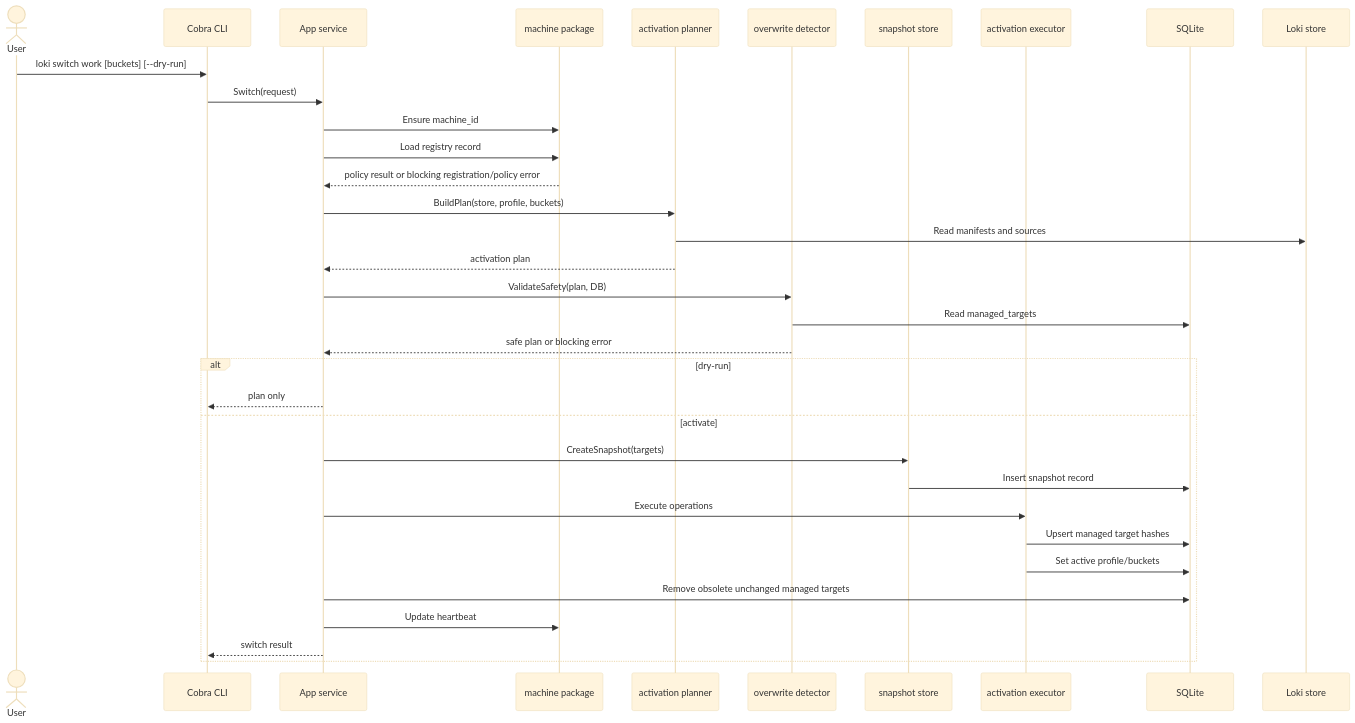
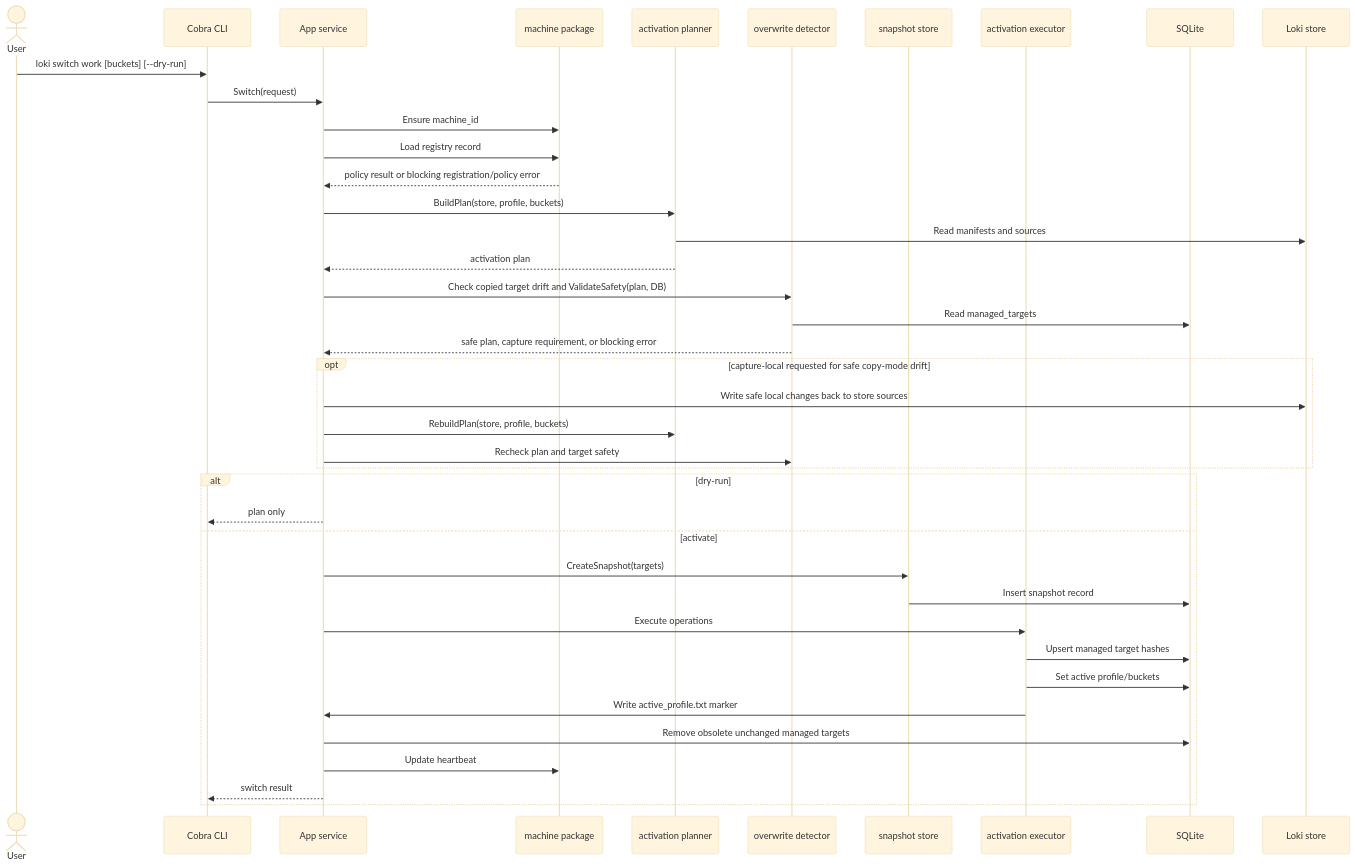
The third of 7 diagrams in docs/ARCHITECTURE.md (asudbring/loki-profile-manager), drawn with Mermaid (base theme) before and after one commit. The commit also changed other lines of this file and 13 other files, not shown here.

````diff
--- a/docs/ARCHITECTURE.md
+++ b/docs/ARCHITECTURE.md
@@ -205,37 +210,43 @@
 ```mermaid
 sequenceDiagram
     actor User
     participant CLI as Cobra CLI
     participant App as App service
     participant Machine as machine package
     participant Planner as activation planner
     participant Safety as overwrite detector
     participant Snapshot as snapshot store
     participant Exec as activation executor
     participant DB as SQLite
     participant Store as Loki store
 
     User->>CLI: loki switch work [buckets] [--dry-run]
     CLI->>App: Switch(request)
     App->>Machine: Ensure machine_id
     App->>Machine: Load registry record
     Machine-->>App: policy result or blocking registration/policy error
     App->>Planner: BuildPlan(store, profile, buckets)
     Planner->>Store: Read manifests and sources
     Planner-->>App: activation plan
-    App->>Safety: ValidateSafety(plan, DB)
+    App->>Safety: Check copied target drift and ValidateSafety(plan, DB)
     Safety->>DB: Read managed_targets
-    Safety-->>App: safe plan or blocking error
+    Safety-->>App: safe plan, capture requirement, or blocking error
+    opt capture-local requested for safe copy-mode drift
+        App->>Store: Write safe local changes back to store sources
+        App->>Planner: RebuildPlan(store, profile, buckets)
+        App->>Safety: Recheck plan and target safety
+    end
     alt dry-run
         App-->>CLI: plan only
     else activate
         App->>Snapshot: CreateSnapshot(targets)
         Snapshot->>DB: Insert snapshot record
         App->>Exec: Execute operations
         Exec->>DB: Upsert managed target hashes
         Exec->>DB: Set active profile/buckets
+        Exec->>App: Write active_profile.txt marker
         App->>DB: Remove obsolete unchanged managed targets
         App->>Machine: Update heartbeat
         App-->>CLI: switch result
     end
 ```
````
